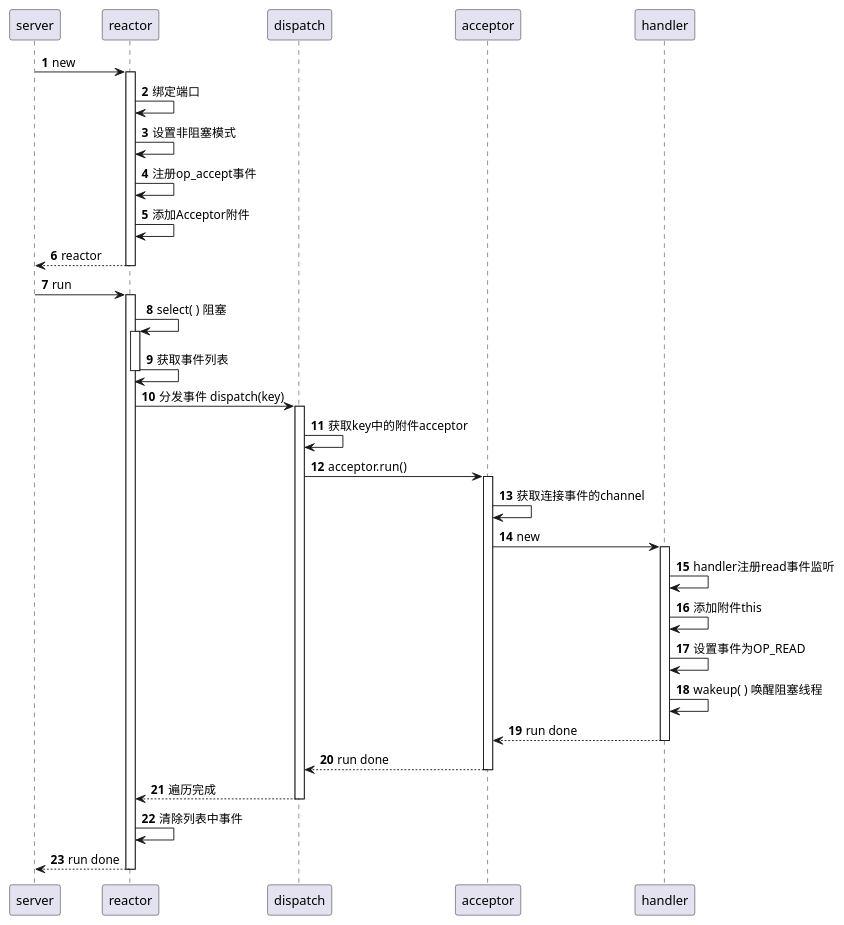
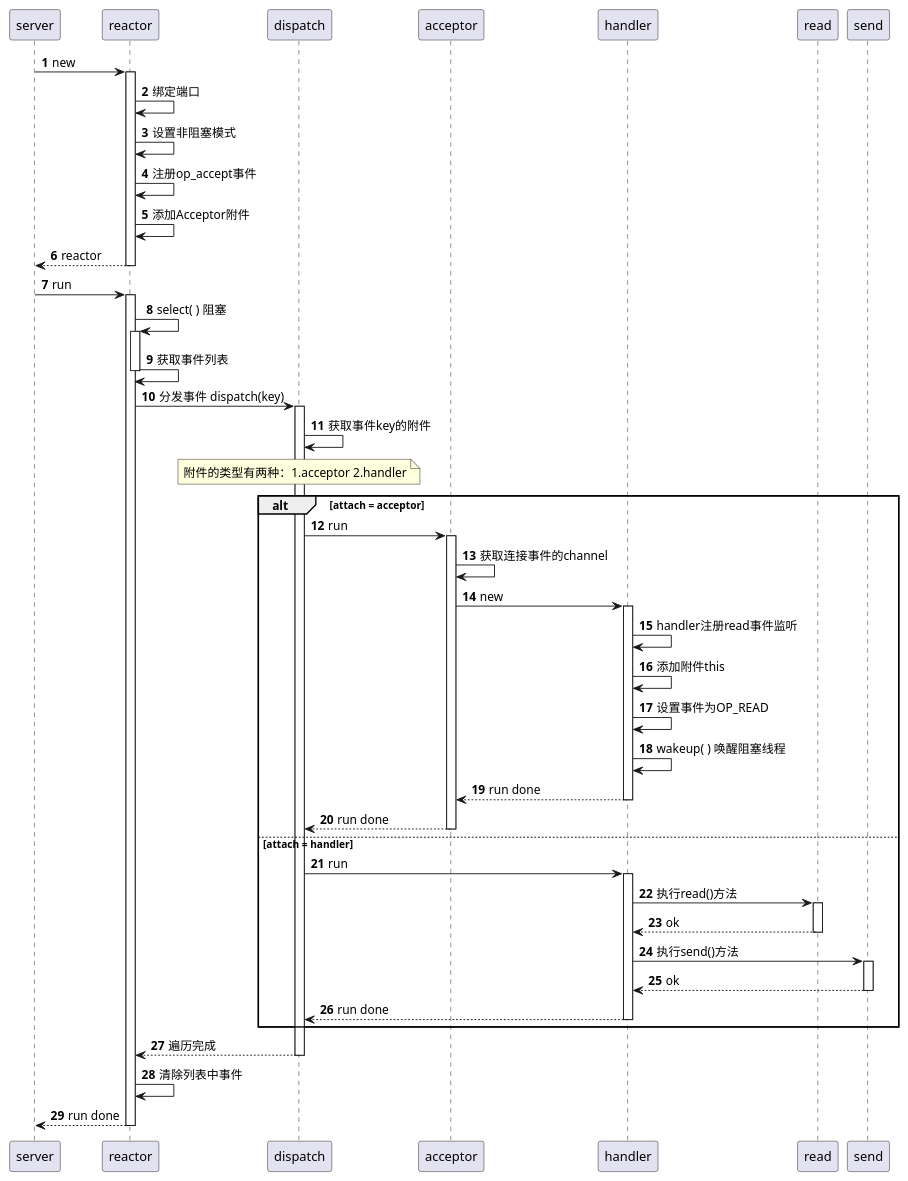
Before and after one commit to zexho994/reactor-io: the diagram in docs/简易Reactor模型.puml, drawn with PlantUML.

Commit message:
docs: add description

```diff
--- a/docs/简易Reactor模型.puml
+++ b/docs/简易Reactor模型.puml
@@ -1,33 +1,44 @@
 @startuml
 participant server
 participant reactor
 participant dispatch
 participant acceptor
 participant handler
+participant read
+participant send
 
 autonumber
 server -> reactor ++: new
 reactor -> reactor : 绑定端口
 reactor -> reactor : 设置非阻塞模式
 reactor -> reactor : 注册op_accept事件
 reactor -> reactor : 添加Acceptor附件
 return reactor
-
 server -> reactor ++: run
 reactor -> reactor ++: select( ) 阻塞
 reactor -> reactor --: 获取事件列表
 reactor -> dispatch ++: 分发事件 dispatch(key)
-dispatch -> dispatch : 获取key中的附件acceptor
-dispatch -> acceptor ++: acceptor.run()
+dispatch -> dispatch : 获取事件key的附件
+note over dispatch: 附件的类型有两种：1.acceptor 2.handler
+alt attach = acceptor
+dispatch -> acceptor ++: run
 acceptor -> acceptor : 获取连接事件的channel
 acceptor -> handler ++: new
 handler -> handler : handler注册read事件监听
 handler -> handler : 添加附件this
 handler -> handler : 设置事件为OP_READ
 handler -> handler : wakeup( ) 唤醒阻塞线程
 return run done
 return run done
+else attach = handler
+dispatch -> handler ++: run
+handler -> read ++: 执行read()方法
+return ok
+handler -> send ++: 执行send()方法
+return ok
+return run done
+end
 return 遍历完成
 reactor -> reactor : 清除列表中事件
 return run done
 @enduml
```
